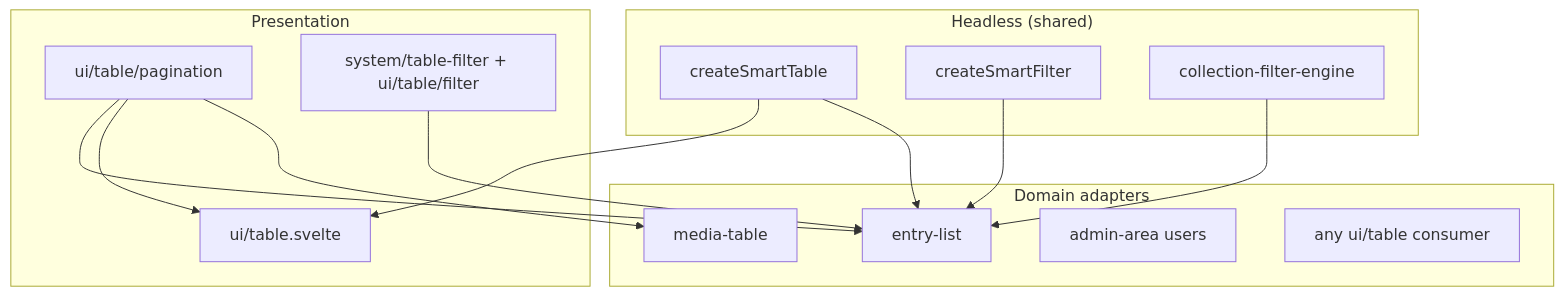
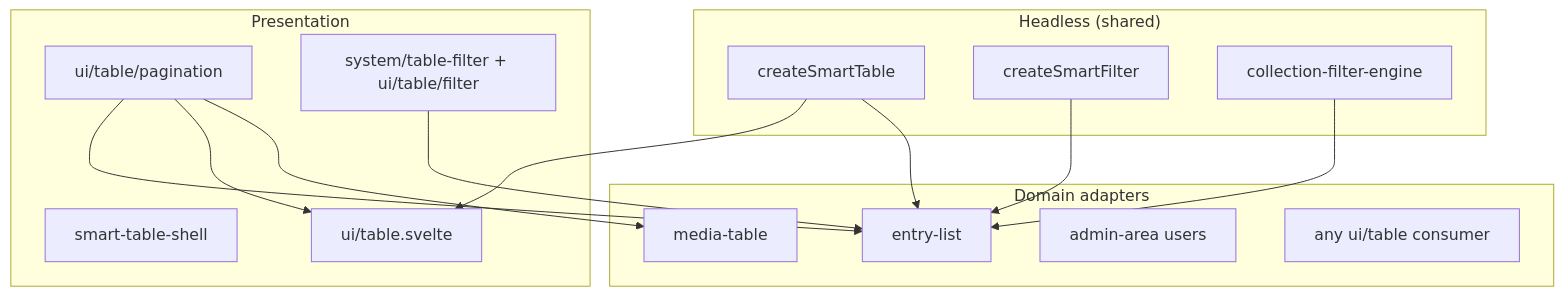
Before and after one commit to SveltyCMS/SveltyCMS: the diagram in docs/reference/components/smart-table.mdx, drawn with Mermaid. The commit also changed other lines of this file and 45 other files, not shown here.

First line of the commit message:
feat: add unified Smart Table platform with secure collection filtering

````diff
--- a/docs/reference/components/smart-table.mdx
+++ b/docs/reference/components/smart-table.mdx
@@ -24,30 +60,31 @@
 ```mermaid
 flowchart TB
   subgraph Headless["Headless (shared)"]
     CST[createSmartTable]
     CSF[createSmartFilter]
     CFE[collection-filter-engine]
   end
 
   subgraph UI["Presentation"]
+    Shell[smart-table-shell]
     UItable[ui/table.svelte]
     Pag[ui/table/pagination]
     Toolbar[system/table-filter + ui/table/filter]
   end
 
   subgraph Adapters["Domain adapters"]
     EL[entry-list]
     Media[media-table]
     Users[admin-area users]
     Generic[any ui/table consumer]
   end
 
   CST --> UItable
   CST --> EL
   CSF --> EL
   CFE --> EL
   Pag --> EL
   Pag --> UItable
   Pag --> Media
   Toolbar --> EL
 ```
````
